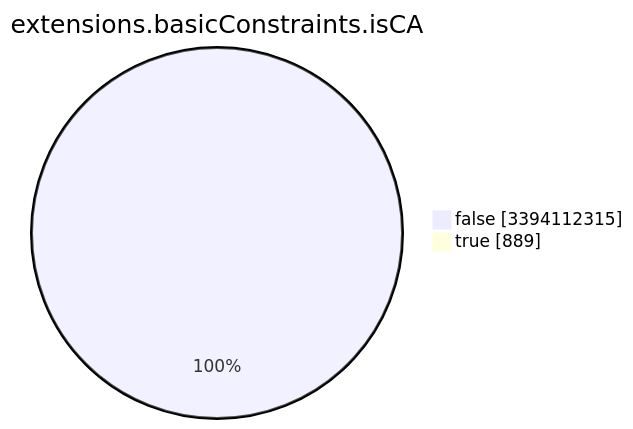
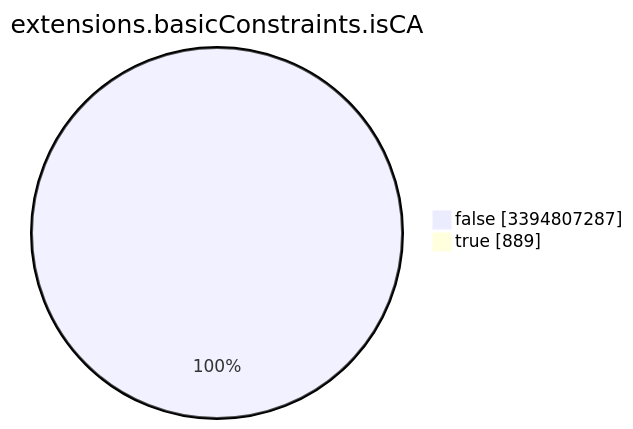
Before and after one commit to christiankrug/ctmonitor_visualization: the seventh of 15 diagrams in TOTAL/README.md, drawn with Mermaid. The commit also changed other lines of this file, not shown here.

````diff
--- a/TOTAL/README.md
+++ b/TOTAL/README.md
@@ -3090,6 +3090,6 @@
 ```mermaid
 pie showData
 title extensions.basicConstraints.isCA
-"false" :3394112315
+"false" :3394807287
 "true" :889
 ```
````
